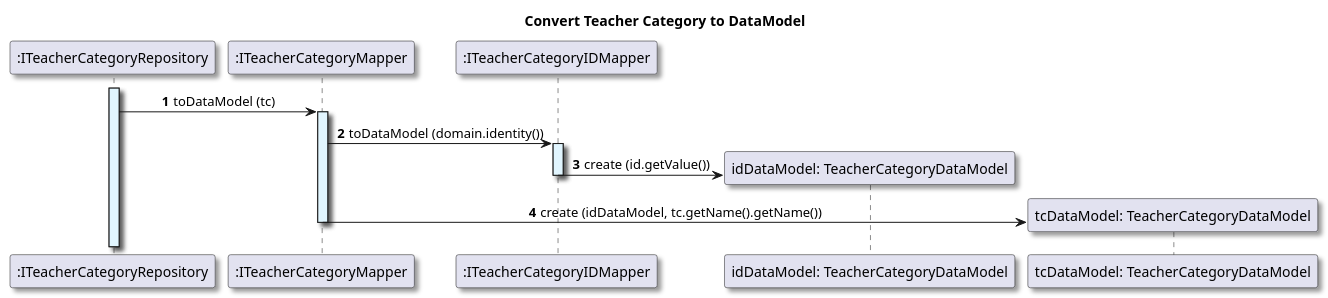
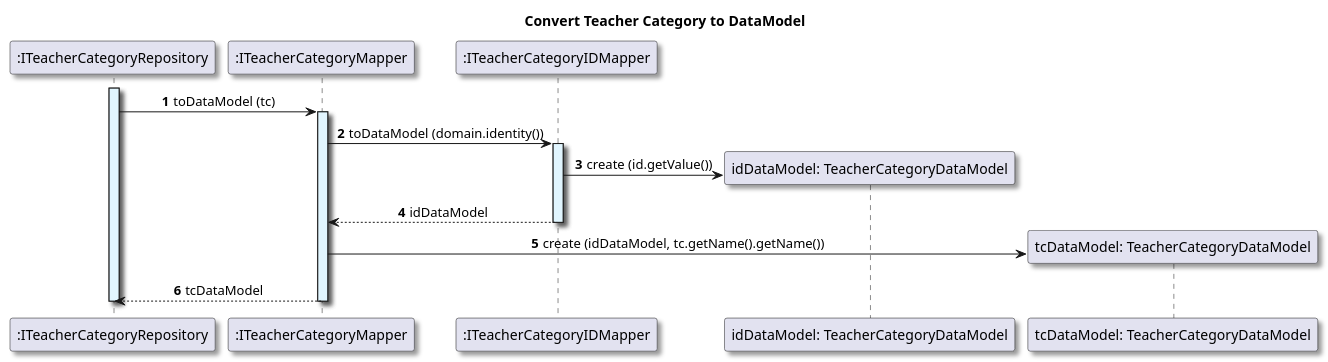
One commit to GasparISEP/DevOps-PAI changed the diagram in docs/US01/Sprint6_RestAPI/ProcessView/References/US01_convertTeacherCategoryToDataModel.puml. Above: the diagram before and after it, drawn with PlantUML. The commit also changed 2 other files, not shown here.

Commit message:
feat (diagram): Create reference to process view at level 3 diagram (#532, #541)

```diff
--- a/docs/US01/Sprint6_RestAPI/ProcessView/References/US01_convertTeacherCategoryToDataModel.puml
+++ b/docs/US01/Sprint6_RestAPI/ProcessView/References/US01_convertTeacherCategoryToDataModel.puml
@@ -1,32 +1,37 @@
 @startuml
 
 title Convert Teacher Category to DataModel
 
 autonumber
 skinparam {
   ActivityPadding 2
   ActivityMargin 2
   BoxPadding 2
 }
 skinparam defaultTextAlignment center
 skinparam shadowing true
 
 participant ":ITeacherCategoryRepository" as ITeacherCategoryRepository
 activate ITeacherCategoryRepository #E1F5FE
 participant ":ITeacherCategoryMapper" as tcMapper
 ITeacherCategoryRepository -> tcMapper: toDataModel (tc)
 activate tcMapper #E1F5FE
 
 participant ":ITeacherCategoryIDMapper" as tcIDMapper
 tcMapper -> tcIDMapper: toDataModel (domain.identity())
 
 activate tcIDMapper #E1F5FE
 create "idDataModel: TeacherCategoryDataModel"
 tcIDMapper -> "idDataModel: TeacherCategoryDataModel": create (id.getValue())
+
+tcIDMapper --> tcMapper: idDataModel
 deactivate tcIDMapper
 
 create "tcDataModel: TeacherCategoryDataModel"
 tcMapper -> "tcDataModel: TeacherCategoryDataModel": create (idDataModel, tc.getName().getName())
+
+tcMapper --> ITeacherCategoryRepository: tcDataModel
 deactivate tcMapper
+deactivate ITeacherCategoryRepository
 
 @enduml
```
